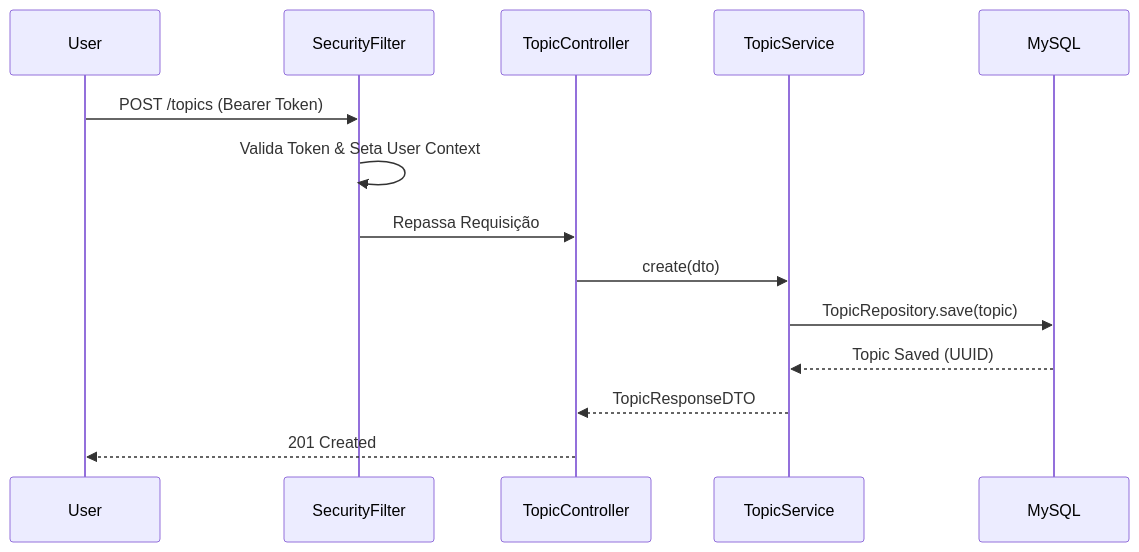
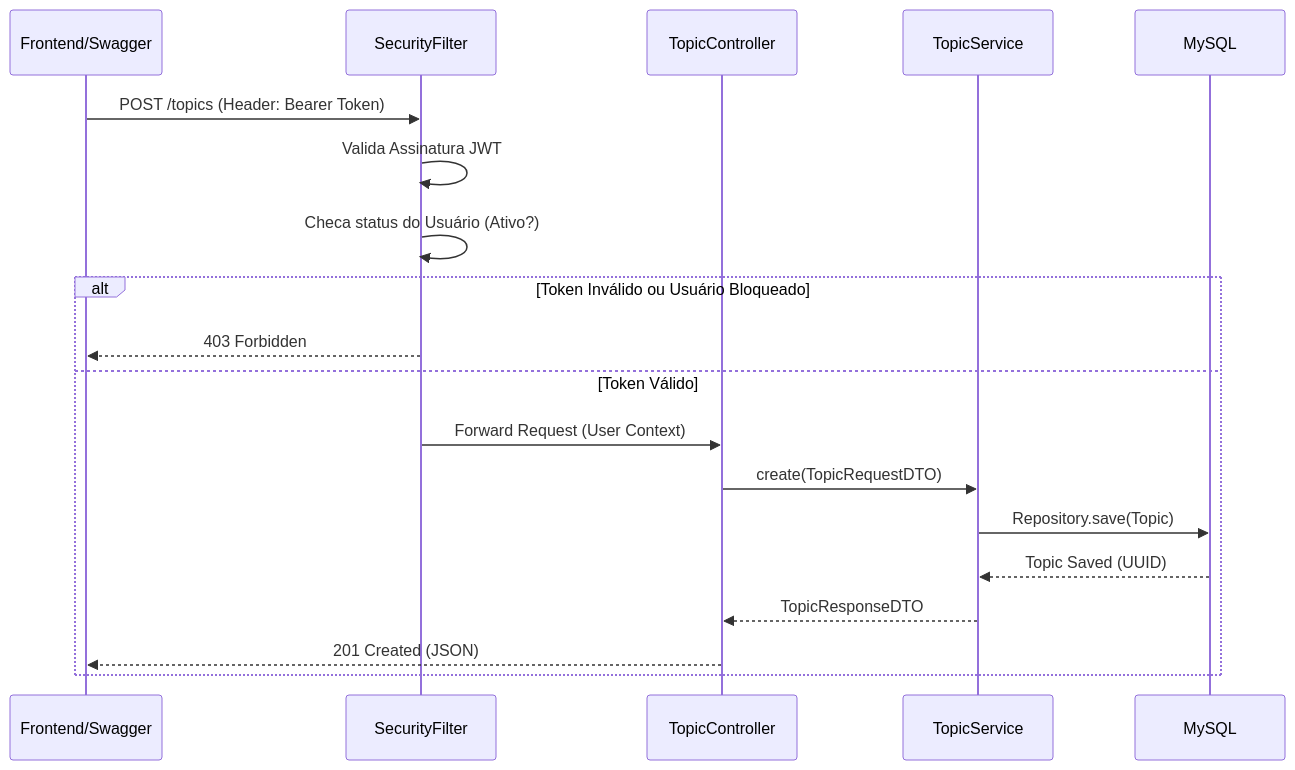
Before and after one commit to DessimA/forum-hub: the third of 3 diagrams in docs/pt-br/02-arquitetura.md, drawn with Mermaid. The commit also changed other lines of this file and 49 other files, not shown here.

````diff
--- a/docs/pt-br/02-arquitetura.md
+++ b/docs/pt-br/02-arquitetura.md
@@ -64,17 +134,23 @@
 ```mermaid
 sequenceDiagram
-    participant User
+    participant Client as Frontend/Swagger
     participant Filter as SecurityFilter
     participant API as TopicController
     participant Service as TopicService
     participant DB as MySQL
 
-    User->>Filter: POST /topics (Bearer Token)
-    Filter->>Filter: Valida Token & Seta User Context
-    Filter->>API: Repassa Requisição
-    API->>Service: create(dto)
-    Service->>DB: TopicRepository.save(topic)
-    DB-->>Service: Topic Saved (UUID)
-    Service-->>API: TopicResponseDTO
-    API-->>User: 201 Created
+    Client->>Filter: POST /topics (Header: Bearer Token)
+    Filter->>Filter: Valida Assinatura JWT
+    Filter->>Filter: Checa status do Usuário (Ativo?)
+    
+    alt Token Inválido ou Usuário Bloqueado
+        Filter-->>Client: 403 Forbidden
+    else Token Válido
+        Filter->>API: Forward Request (User Context)
+        API->>Service: create(TopicRequestDTO)
+        Service->>DB: Repository.save(Topic)
+        DB-->>Service: Topic Saved (UUID)
+        Service-->>API: TopicResponseDTO
+        API-->>Client: 201 Created (JSON)
+    end
 ```
````
